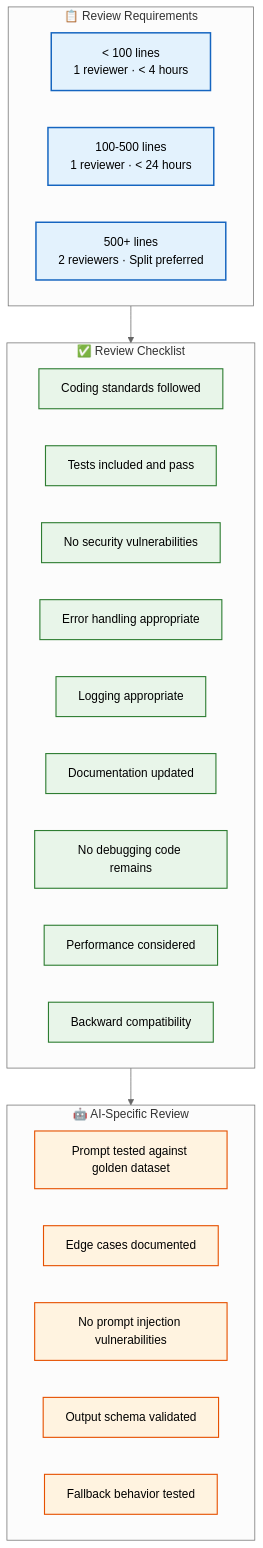
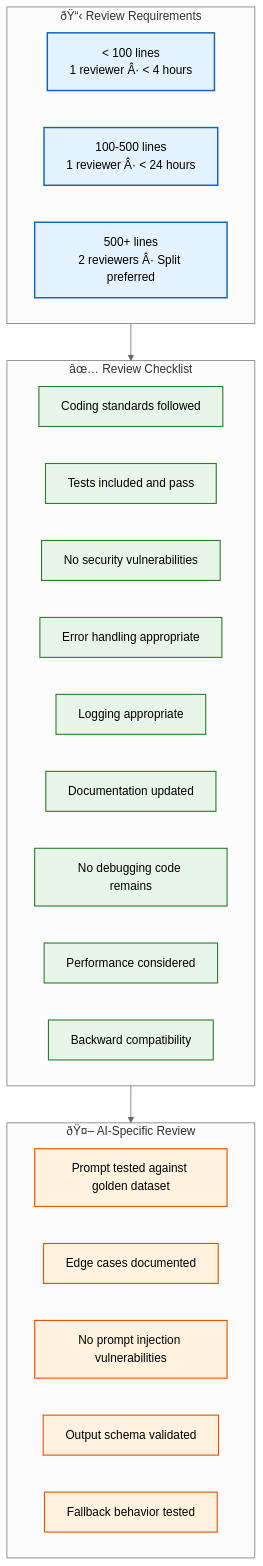
Before and after one commit to Driftloom/Vaeloom: the diagram in Docs/Engineering/Code-Review.md, drawn with Mermaid (neutral theme). The commit also changed other lines of this file and 249 other files, not shown here.

````diff
--- a/Docs/Engineering/Code-Review.md
+++ b/Docs/Engineering/Code-Review.md
@@ -8,38 +8,38 @@
 ```mermaid
 graph TD
     classDef req fill:#e3f2fd,stroke:#1565c0,color:#000,stroke-width:2px
     classDef checklist fill:#e8f5e9,stroke:#2e7d32,color:#000,stroke-width:1.5px
     classDef ai fill:#fff3e0,stroke:#e65100,color:#000,stroke-width:1.5px
 
-    subgraph Requirements["📋 Review Requirements"]
-        R1["< 100 lines<br/>1 reviewer · < 4 hours"]
-        R2["100-500 lines<br/>1 reviewer · < 24 hours"]
-        R3["500+ lines<br/>2 reviewers · Split preferred"]
+    subgraph Requirements["ðŸ“‹ Review Requirements"]
+        R1["< 100 lines<br/>1 reviewer Â· < 4 hours"]
+        R2["100-500 lines<br/>1 reviewer Â· < 24 hours"]
+        R3["500+ lines<br/>2 reviewers Â· Split preferred"]
     end
 
-    subgraph Checklist["✅ Review Checklist"]
+    subgraph Checklist["âœ… Review Checklist"]
         C1["Coding standards followed"]
         C2["Tests included and pass"]
         C3["No security vulnerabilities"]
         C4["Error handling appropriate"]
         C5["Logging appropriate"]
         C6["Documentation updated"]
         C7["No debugging code remains"]
         C8["Performance considered"]
         C9["Backward compatibility"]
     end
 
-    subgraph AIReview["🤖 AI-Specific Review"]
+    subgraph AIReview["ðŸ¤– AI-Specific Review"]
         A1["Prompt tested against golden dataset"]
         A2["Edge cases documented"]
         A3["No prompt injection vulnerabilities"]
         A4["Output schema validated"]
         A5["Fallback behavior tested"]
     end
 
     Requirements --> Checklist --> AIReview
 
     class R1,R2,R3 req
     class C1,C2,C3,C4,C5,C6,C7,C8,C9 checklist
     class A1,A2,A3,A4,A5 ai
 ```
````
